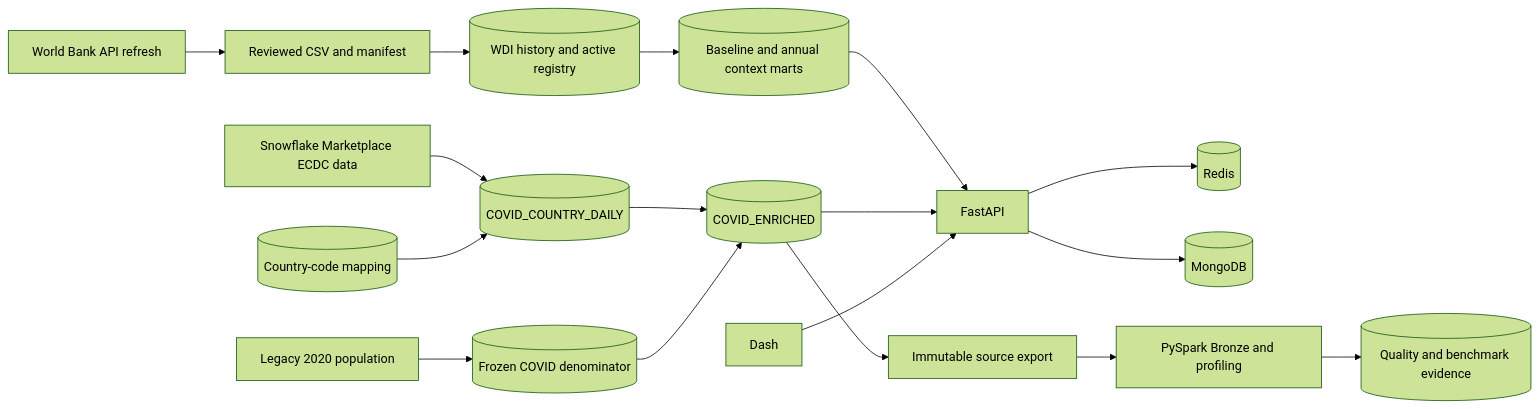
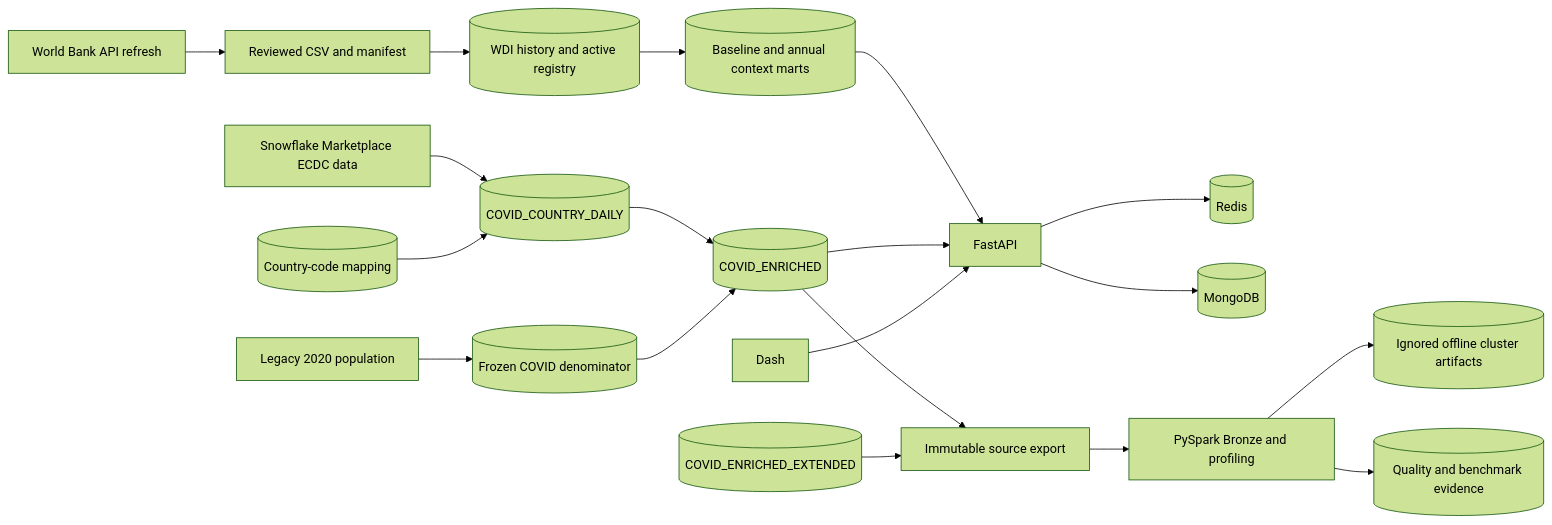
Before and after one commit to synku20777/bootcamp-project: the diagram in README.md, drawn with Mermaid (forest theme). The commit also changed other lines of this file and 18 other files, not shown here.

````diff
--- a/README.md
+++ b/README.md
@@ -374,19 +374,21 @@
 ```mermaid
 flowchart LR
     Market[Snowflake Marketplace ECDC data] --> Staging[(COVID_COUNTRY_DAILY)]
     Mapping[(Country-code mapping)] --> Staging
     WB[World Bank API refresh] --> Snapshot[Reviewed CSV and manifest]
     Snapshot --> Registry[(WDI history and active registry)]
     Registry --> Context[(Baseline and annual context marts)]
     Legacy[Legacy 2020 population] --> Denominator[(Frozen COVID denominator)]
     Staging --> Marts[(COVID_ENRICHED)]
     Denominator --> Marts
     Context --> API[FastAPI]
     Marts --> API
     API --> Redis[(Redis)]
     API --> Mongo[(MongoDB)]
     Browser[Dash] --> API
     Marts --> Export[Immutable source export]
+    Extended[(COVID_ENRICHED_EXTENDED)] --> Export
     Export --> Spark[PySpark Bronze and profiling]
+    Spark --> Clusters[(Ignored offline cluster artifacts)]
     Spark --> Evidence[(Quality and benchmark evidence)]
 ```
````
